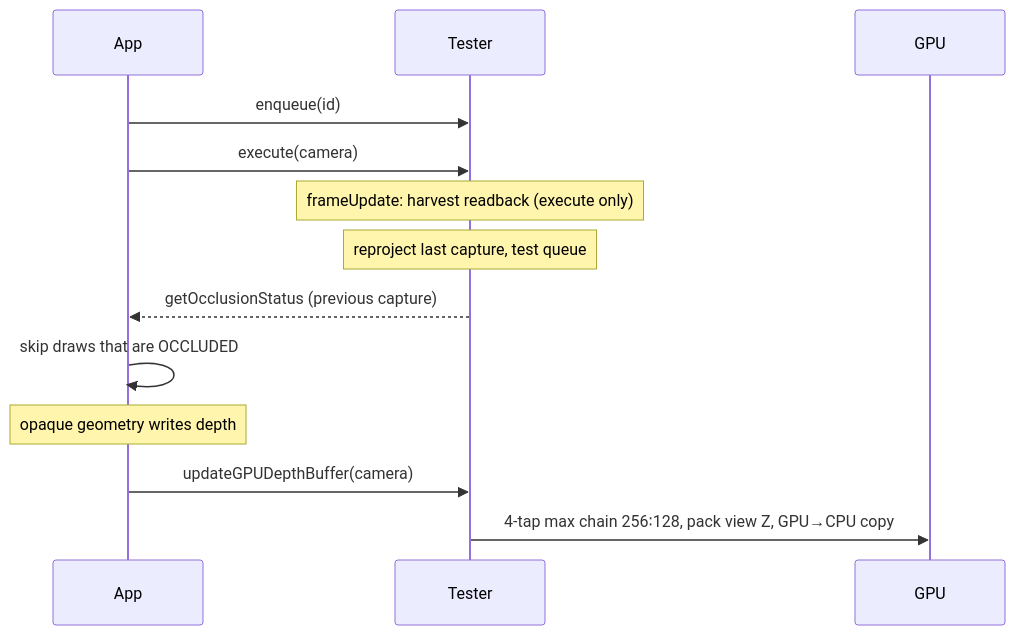
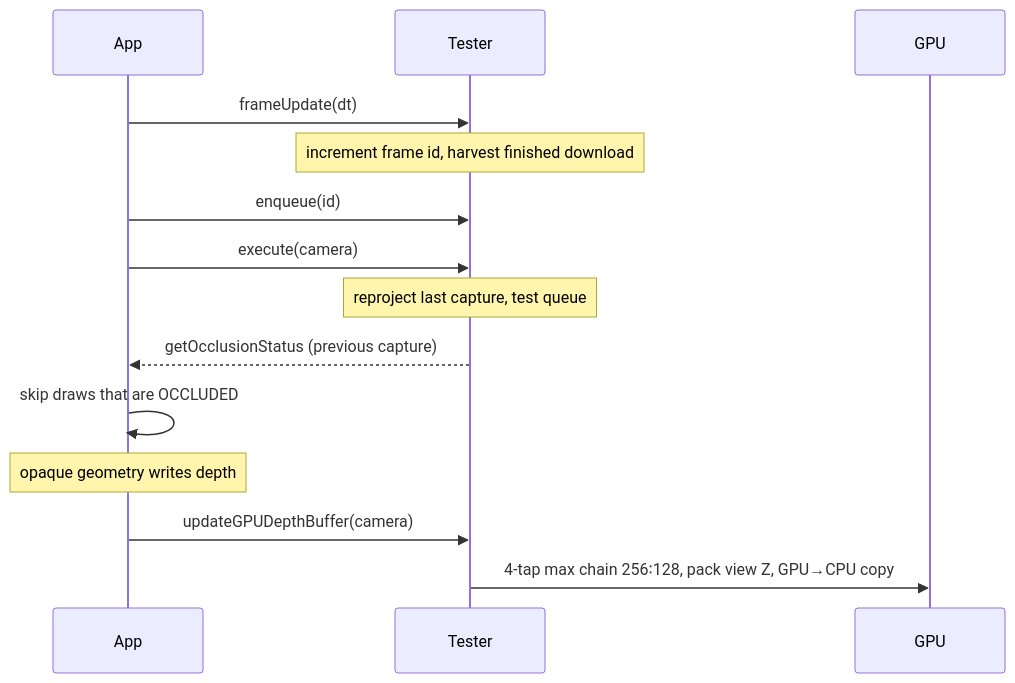
Before and after one commit to AlexAPPi/playcanvas-opti-pixel: the first of 2 diagrams in docs/occlusion/coverage.md, drawn with Mermaid. The commit also changed other lines of this file and 12 other files, not shown here.

````diff
--- a/docs/occlusion/coverage.md
+++ b/docs/occlusion/coverage.md
@@ -65,16 +71,17 @@
 ```mermaid
 sequenceDiagram
     participant App
     participant Tester
     participant GPU
 
+    App->>Tester: frameUpdate(dt)
+    Note over Tester: increment frame id, harvest finished download
     App->>Tester: enqueue(id)
     App->>Tester: execute(camera)
-    Note over Tester: frameUpdate: harvest readback (execute only)
     Note over Tester: reproject last capture, test queue
     Tester-->>App: getOcclusionStatus (previous capture)
     App->>App: skip draws that are OCCLUDED
     Note over App: opaque geometry writes depth
     App->>Tester: updateGPUDepthBuffer(camera)
     Tester->>GPU: 4-tap max chain 256∶128, pack view Z, GPU→CPU copy
 ```
````
